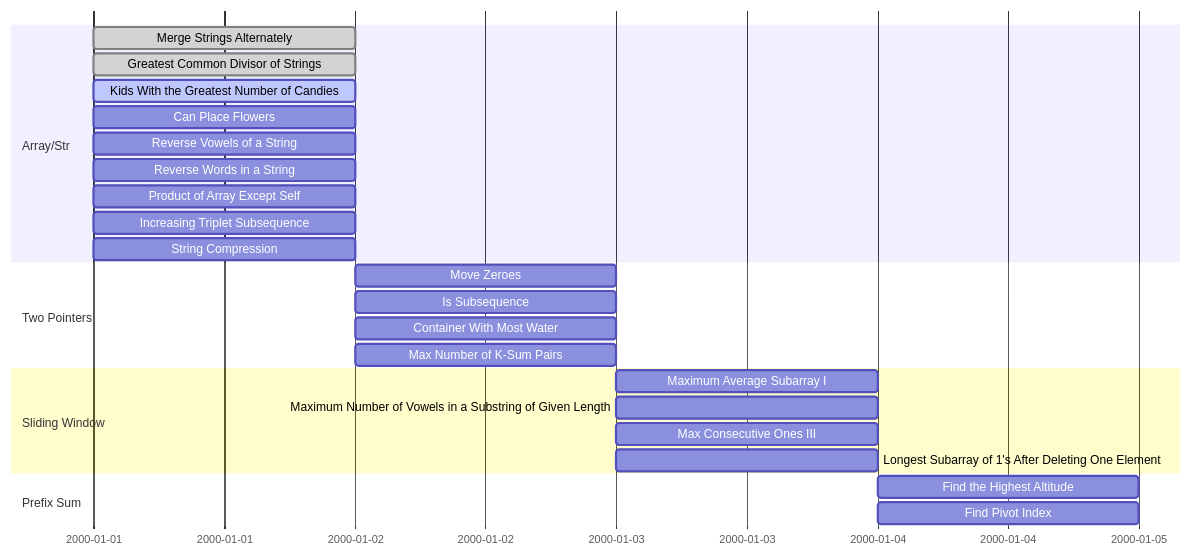
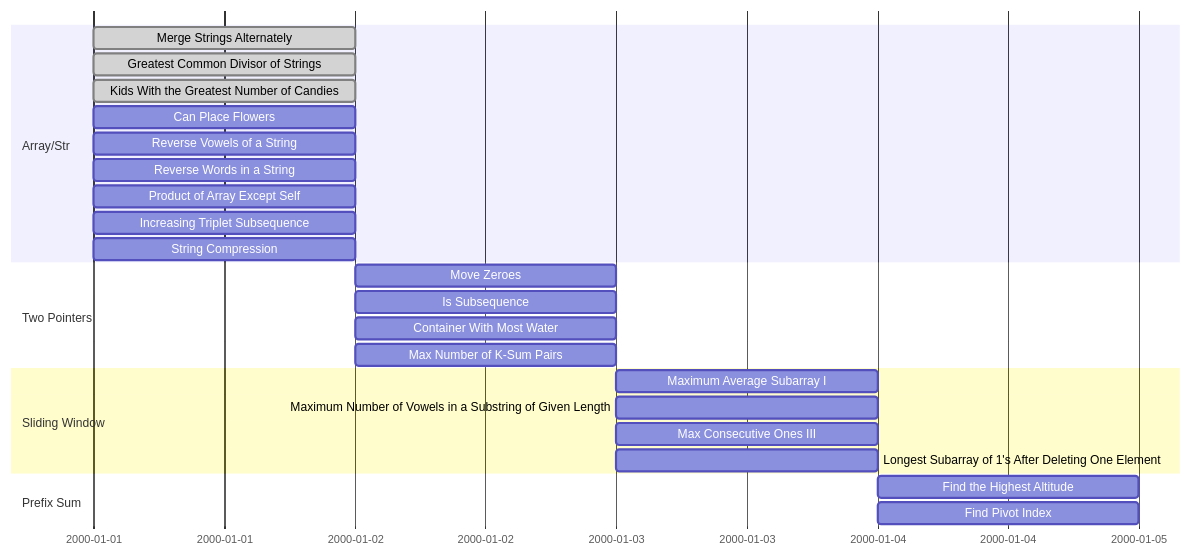
One commit to kizzandev/LeetCode changed the second of 3 diagrams in README.md. Above: the diagram before and after it, drawn with Mermaid. The commit also changed other lines of this file and 3 other files, not shown here.

Commit message:
Solution for kids_with_candies in Rust, C++, and Python

````diff
--- a/README.md
+++ b/README.md
@@ -30,29 +30,29 @@
 ```mermaid
 gantt
     section Array/Str
     Merge Strings Alternately               : done,   a0, 2000-01-01, 1d
     Greatest Common Divisor of Strings      : done,   a,  2000-01-01, 1d
-    Kids With the Greatest Number of Candies: active, a,  2000-01-01, 1d
-    Can Place Flowers                       :         a,  2000-01-01, 1d
+    Kids With the Greatest Number of Candies: done,   a,  2000-01-01, 1d
+    Can Place Flowers                       : active  a,  2000-01-01, 1d
     Reverse Vowels of a String              :         a,  2000-01-01, 1d
     Reverse Words in a String               :         a,  2000-01-01, 1d
     Product of Array Except Self            :         a,  2000-01-01, 1d
     Increasing Triplet Subsequence          :         a,  2000-01-01, 1d
     String Compression                      :         a,  2000-01-01, 1d
 
     section Two Pointers
     Move Zeroes              :         a1, after a0, 1d
     Is Subsequence           :         a , after a0, 1d
     Container With Most Water:         a , after a0, 1d
     Max Number of K-Sum Pairs:         a , after a0, 1d
 
     section Sliding Window
     Maximum Average Subarray I                             :         a2, after a1, 1d
     Maximum Number of Vowels in a Substring of Given Length:         a , after a1, 1d
     Max Consecutive Ones III                               :         a , after a1, 1d
     Longest Subarray of 1's After Deleting One Element     :         a , after a1, 1d
 
     section Prefix Sum
     Find the Highest Altitude:         a3, after a2, 1d
     Find Pivot Index         :         a , after a2, 1d
 ```
````
